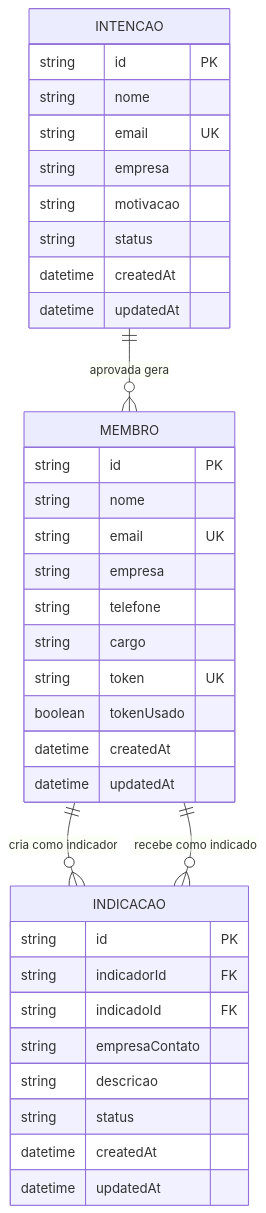
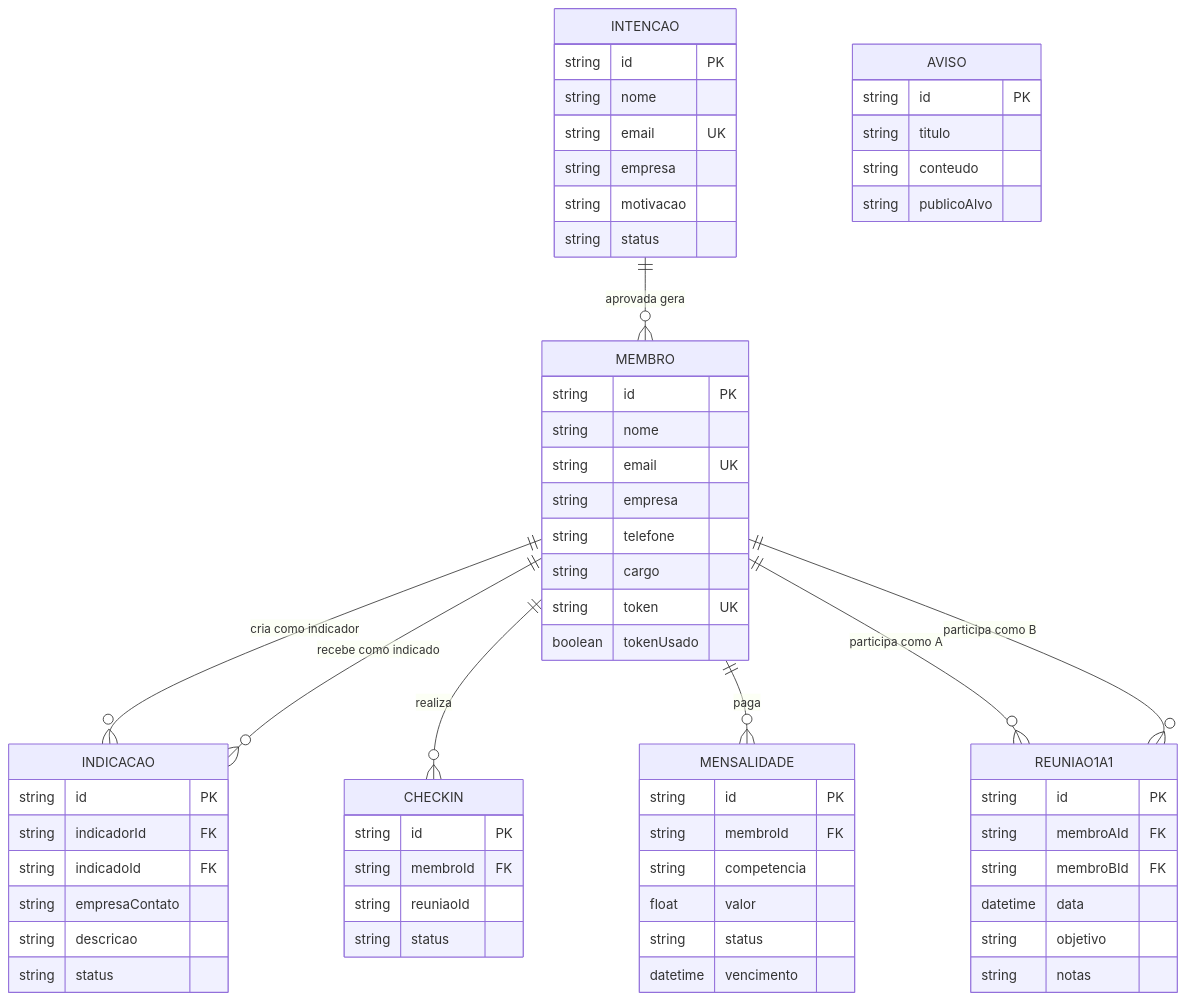
One commit to lfelipeapo/networking-platform changed the second of 2 diagrams in ARQUITETURA.md. Above: the diagram before and after it, drawn with Mermaid. The commit also changed other lines of this file and 4 other files, not shown here.

````diff
--- a/ARQUITETURA.md
+++ b/ARQUITETURA.md
@@ -98,41 +66,71 @@
 ```mermaid
 erDiagram
     INTENCAO ||--o{ MEMBRO : "aprovada gera"
     MEMBRO ||--o{ INDICACAO : "cria como indicador"
     MEMBRO ||--o{ INDICACAO : "recebe como indicado"
-    
+    MEMBRO ||--o{ CHECKIN : "realiza"
+    MEMBRO ||--o{ MENSALIDADE : "paga"
+    MEMBRO ||--o{ REUNIAO1A1 : "participa como A"
+    MEMBRO ||--o{ REUNIAO1A1 : "participa como B"
+
     INTENCAO {
         string id PK
         string nome
         string email UK
         string empresa
         string motivacao
         string status
-        datetime createdAt
-        datetime updatedAt
     }
     
     MEMBRO {
         string id PK
         string nome
         string email UK
         string empresa
         string telefone
         string cargo
         string token UK
         boolean tokenUsado
-        datetime createdAt
-        datetime updatedAt
     }
     
     INDICACAO {
         string id PK
         string indicadorId FK
         string indicadoId FK
         string empresaContato
         string descricao
         string status
-        datetime createdAt
-        datetime updatedAt
+    }
+
+    AVISO {
+        string id PK
+        string titulo
+        string conteudo
+        string publicoAlvo
+    }
+
+    CHECKIN {
+        string id PK
+        string membroId FK
+        string reuniaoId
+        string status
+    }
+
+    REUNIAO1A1 {
+        string id PK
+        string membroAId FK
+        string membroBId FK
+        datetime data
+        string objetivo
+        string notas
+    }
+
+    MENSALIDADE {
+        string id PK
+        string membroId FK
+        string competencia
+        float valor
+        string status
+        datetime vencimento
     }
 ```
````
